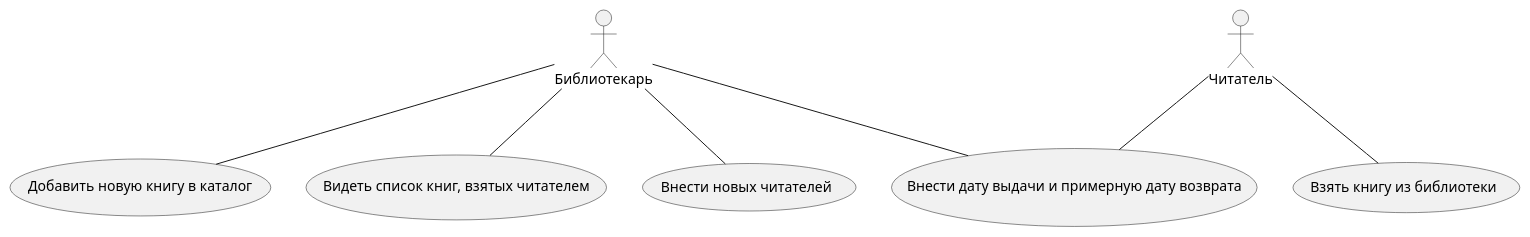
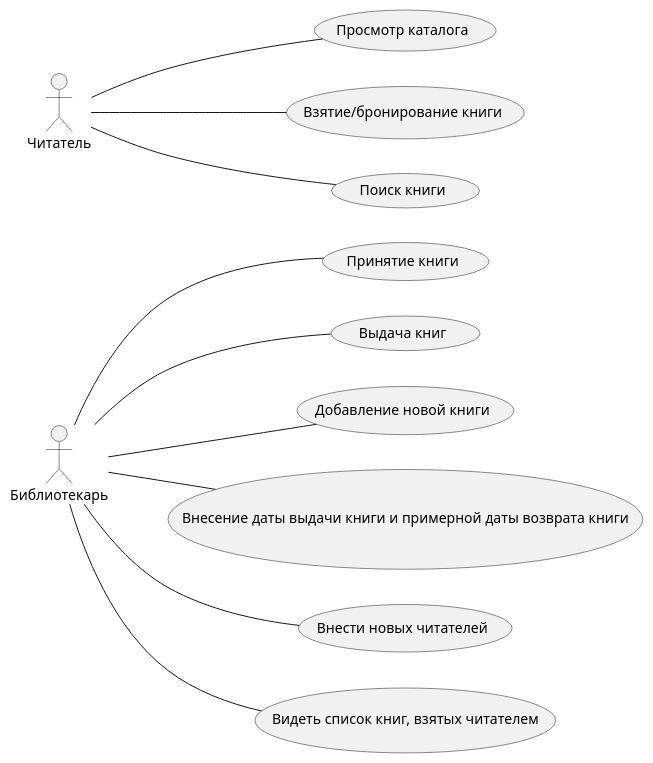
The diagram in src/doc/diagrams/диаграммы.puml (igrishkevich13-coder/NewRepos), drawn with PlantUML before and after one commit.

Commit message:
обновление юмл

```diff
--- a/src/doc/diagrams/диаграммы.puml
+++ b/src/doc/diagrams/диаграммы.puml
@@ -1,10 +1,14 @@
 @startuml
+left to right direction
 actor "Библиотекарь" as User1
-User1 -- (Добавить новую книгу в каталог)
-User1 -- (Внести дату выдачи и примерную дату возврата)
+User1 -- (Принятие книги)
+User1 -- (Выдача книг)
+User1 -- (Добавление новой книги)
+User1 -- (Внесение даты выдачи книги и примерной даты возврата книги)
+User1 -- (Внести новых читателей)
 User1 -- (Видеть список книг, взятых читателем)
-User1 -- (Внести новых читателей)
 actor "Читатель" as User2
-User2 -- (Внести дату выдачи и примерную дату возврата)
-User2 -- (Взять книгу из библиотеки)
+User2 -- (Просмотр каталога)
+User2 -- (Взятие/бронирование книги)
+User2 -- (Поиск книги)
 @enduml
```
